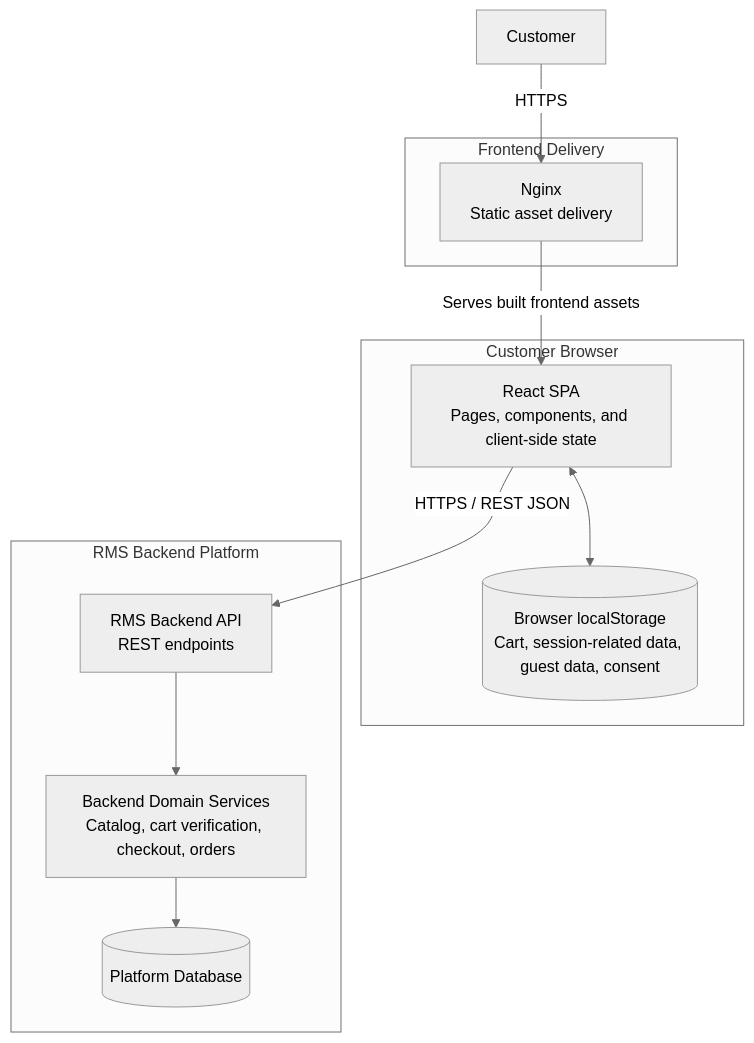
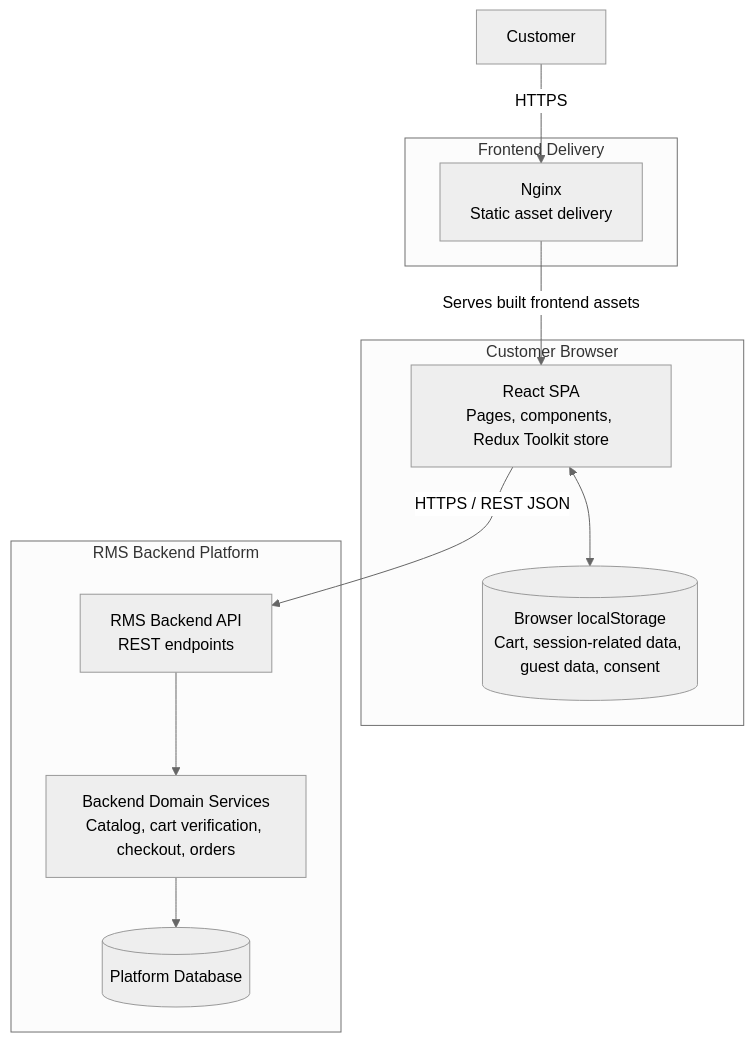
The third of 14 diagrams in DIAGRAMS.md (suliman-mousa/restaurant-ordering-platform), drawn with Mermaid (neutral theme) before and after one commit. The commit also changed other lines of this file and 2 other files, not shown here.

````diff
--- a/DIAGRAMS.md
+++ b/DIAGRAMS.md
@@ -63,24 +63,24 @@
 ```mermaid
 flowchart TB
     subgraph Browser["Customer Browser"]
-        SPA["React SPA<br/>Pages, components, and client-side state"]
+        SPA["React SPA<br/>Pages, components, Redux Toolkit store"]
         LS[("Browser localStorage<br/>Cart, session-related data, guest data, consent")]
         SPA <--> LS
     end
 
     subgraph Delivery["Frontend Delivery"]
         NGX["Nginx<br/>Static asset delivery"]
     end
 
     subgraph Platform["RMS Backend Platform"]
         API["RMS Backend API<br/>REST endpoints"]
         SVC["Backend Domain Services<br/>Catalog, cart verification, checkout, orders"]
         DB[("Platform Database")]
         API --> SVC
         SVC --> DB
     end
 
     CUSTOMER["Customer"] -->|"HTTPS"| NGX
     NGX -->|"Serves built frontend assets"| SPA
     SPA -->|"HTTPS / REST JSON"| API
 ```
````
